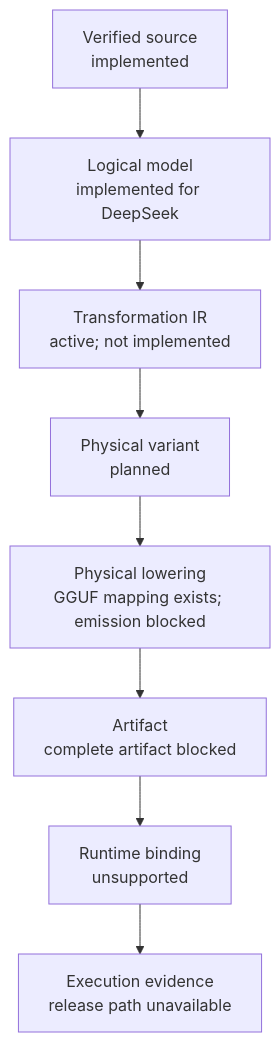
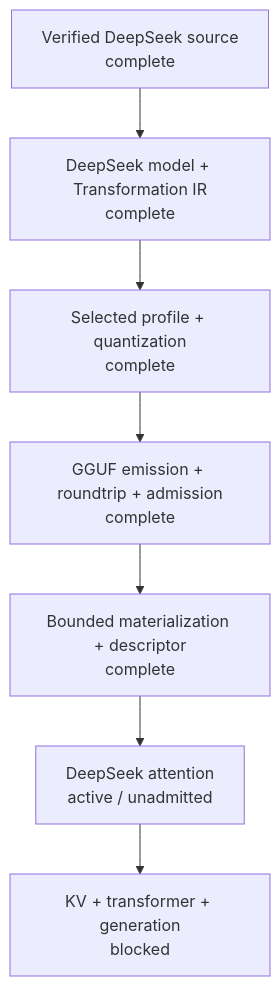
One commit to yailabs/yvex changed the diagram in README.md. Above: the diagram before and after it, drawn with Mermaid. The commit also changed other lines of this file and 6 other files, not shown here.

````diff
--- a/README.md
+++ b/README.md
@@ -103,10 +58,9 @@
 ```mermaid
 flowchart TD
-    S["Verified source<br/>implemented"] --> M["Logical model<br/>implemented for DeepSeek"]
-    M --> T["Transformation IR<br/>active; not implemented"]
-    T --> V["Physical variant<br/>planned"]
-    V --> L["Physical lowering<br/>GGUF mapping exists; emission blocked"]
-    L --> A["Artifact<br/>complete artifact blocked"]
-    A --> R["Runtime binding<br/>unsupported"]
-    R --> E["Execution evidence<br/>release path unavailable"]
+    S["Verified DeepSeek source<br/>complete"] --> M["DeepSeek model + Transformation IR<br/>complete"]
+    M --> Q["Selected profile + quantization<br/>complete"]
+    Q --> G["GGUF emission + roundtrip + admission<br/>complete"]
+    G --> R["Bounded materialization + descriptor<br/>complete"]
+    R --> A["DeepSeek attention<br/>active / unadmitted"]
+    A --> K["KV + transformer + generation<br/>blocked"]
 ```
````
